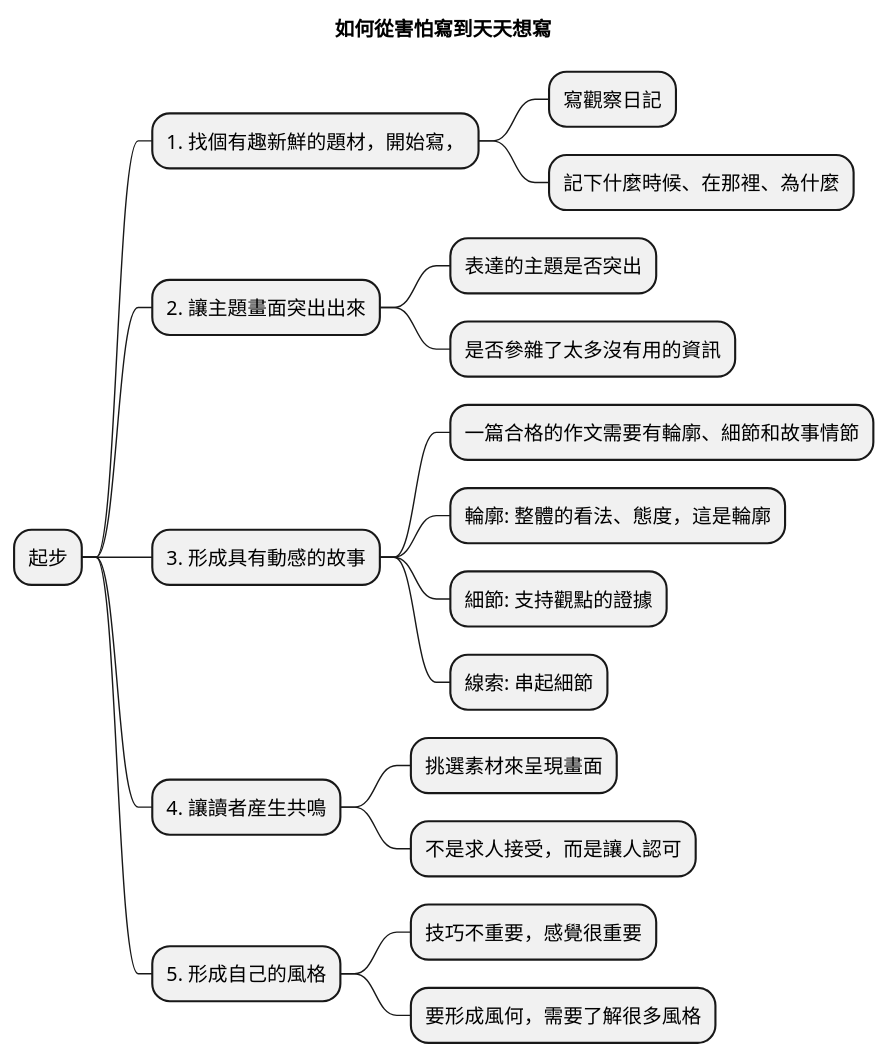
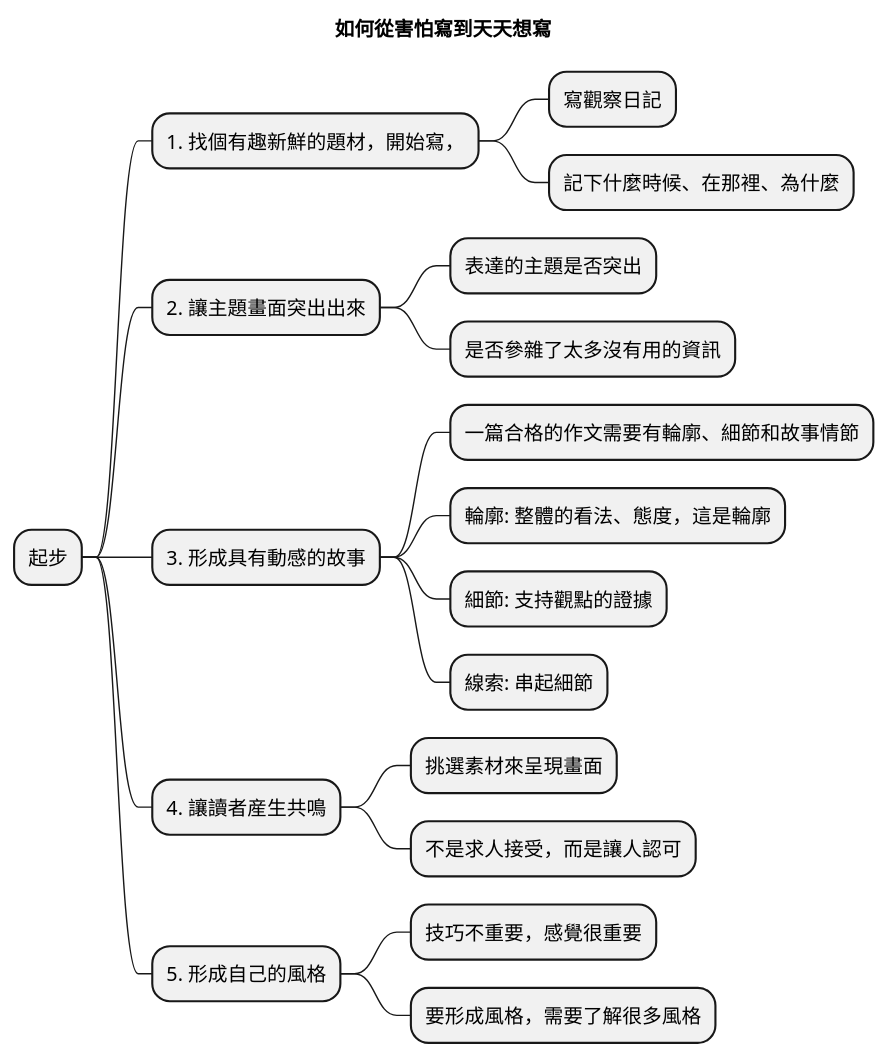
One commit to zwshen/notes-writing changed the first of 2 diagrams in writing-lessons/junwu-wrting-and-reading.md. Above: the diagram before and after it, drawn with PlantUML. The commit also changed other lines of this file, not shown here.

````diff
--- a/writing-lessons/junwu-wrting-and-reading.md
+++ b/writing-lessons/junwu-wrting-and-reading.md
@@ -61,23 +61,23 @@
 ```puml
 @startmindmap
 title 如何從害怕寫到天天想寫
 * 起步
 ** 1. 找個有趣新鮮的題材，開始寫，
 *** 寫觀察日記
 *** 記下什麼時候、在那裡、為什麼
 ** 2. 讓主題畫面突出出來
 *** 表達的主題是否突出
 *** 是否參雜了太多沒有用的資訊
 ** 3. 形成具有動感的故事
 *** 一篇合格的作文需要有輪廓、細節和故事情節
 *** 輪廓: 整體的看法、態度，這是輪廓
 *** 細節: 支持觀點的證據
 *** 線索: 串起細節
 ** 4. 讓讀者産生共鳴
 *** 挑選素材來呈現畫面
 *** 不是求人接受，而是讓人認可
 ** 5. 形成自己的風格
 *** 技巧不重要，感覺很重要
-*** 要形成風何，需要了解很多風格
+*** 要形成風格，需要了解很多風格
 @endmindmap
 ```
````
